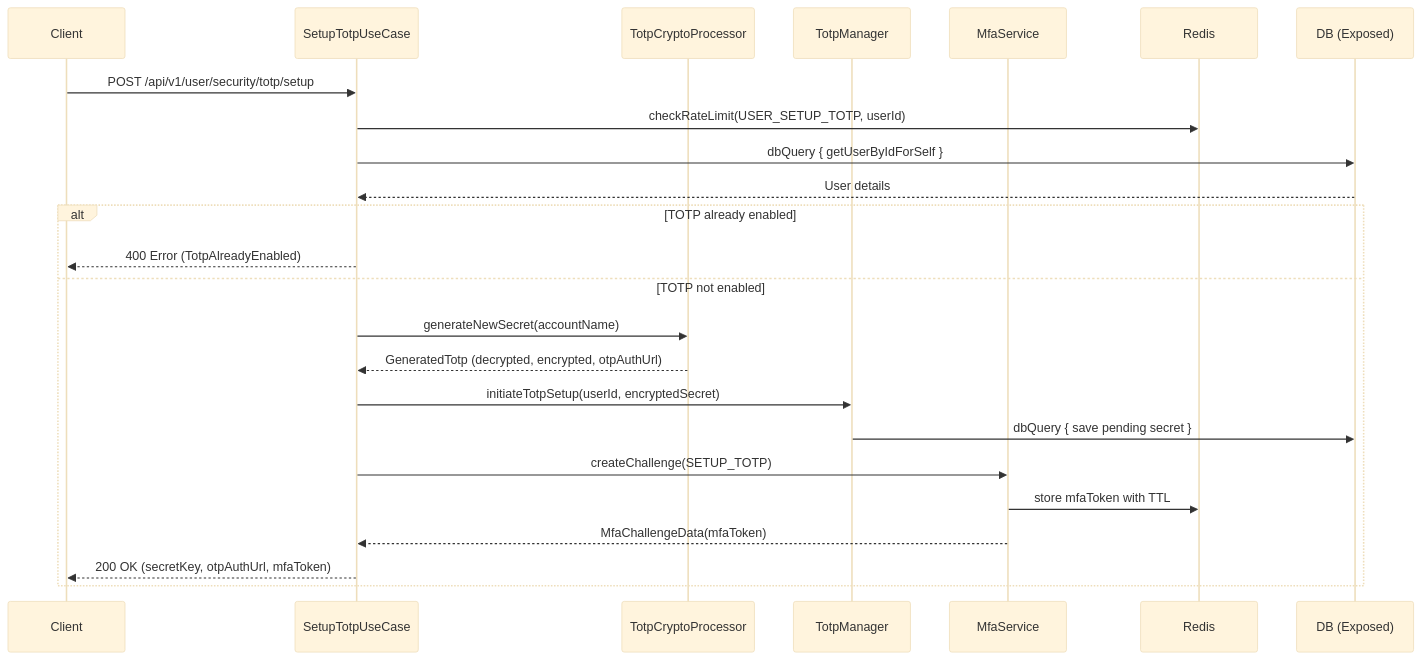
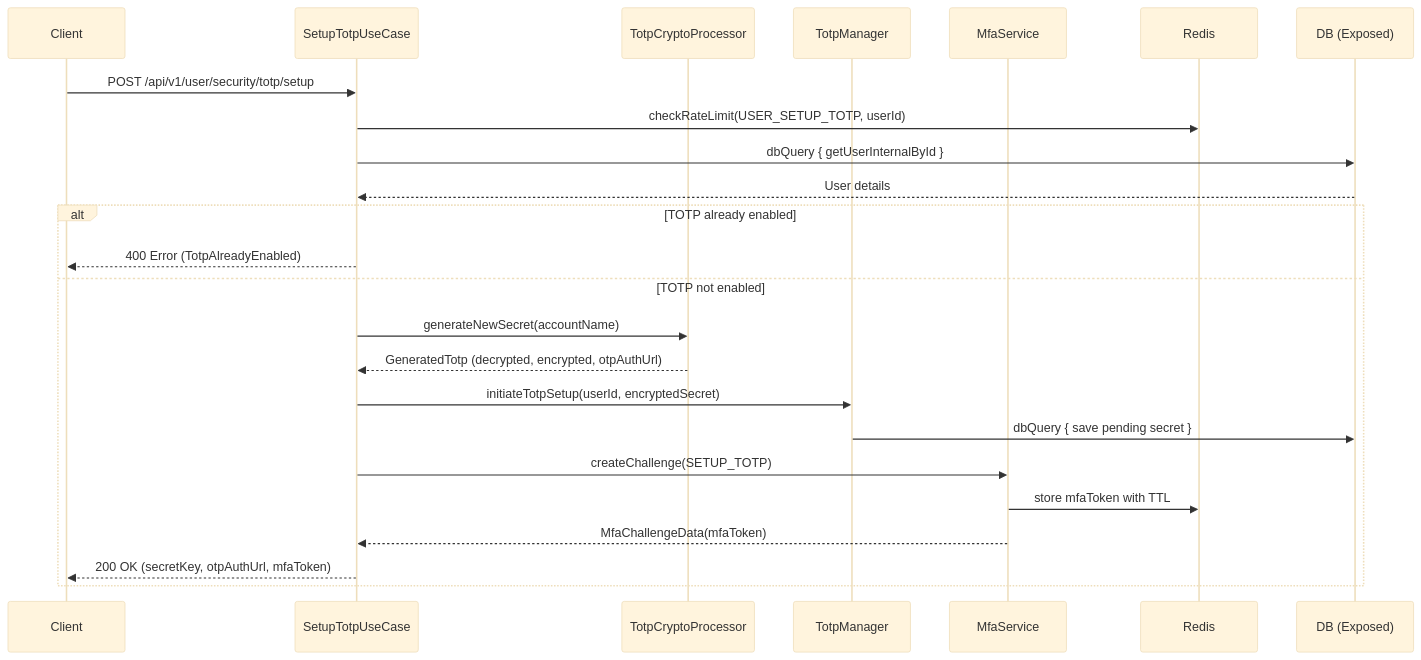
Before and after one commit to mudrichenkoevgeny/backend-platform-sdk: the first of 2 diagrams in docs/architecture/flows/security.md, drawn with Mermaid (base theme). The commit also changed 193 other files, not shown here.

````diff
--- a/docs/architecture/flows/security.md
+++ b/docs/architecture/flows/security.md
@@ -9,32 +9,32 @@
 ```mermaid
 sequenceDiagram
     participant Client
     participant SetupUseCase as SetupTotpUseCase
     participant Crypto as TotpCryptoProcessor
     participant TotpManager
     participant MfaService
     participant Redis
     participant Postgres as DB (Exposed)
 
     Client->>SetupUseCase: POST /api/v1/user/security/totp/setup
     SetupUseCase->>Redis: checkRateLimit(USER_SETUP_TOTP, userId)
     
-    SetupUseCase->>Postgres: dbQuery { getUserByIdForSelf }
+    SetupUseCase->>Postgres: dbQuery { getUserInternalById }
     Postgres-->>SetupUseCase: User details
 
     alt TOTP already enabled
         SetupUseCase-->>Client: 400 Error (TotpAlreadyEnabled)
     else TOTP not enabled
         SetupUseCase->>Crypto: generateNewSecret(accountName)
         Crypto-->>SetupUseCase: GeneratedTotp (decrypted, encrypted, otpAuthUrl)
         
         SetupUseCase->>TotpManager: initiateTotpSetup(userId, encryptedSecret)
         TotpManager->>Postgres: dbQuery { save pending secret }
         
         SetupUseCase->>MfaService: createChallenge(SETUP_TOTP)
         MfaService->>Redis: store mfaToken with TTL
         MfaService-->>SetupUseCase: MfaChallengeData(mfaToken)
         
         SetupUseCase-->>Client: 200 OK (secretKey, otpAuthUrl, mfaToken)
     end
 ```
````
